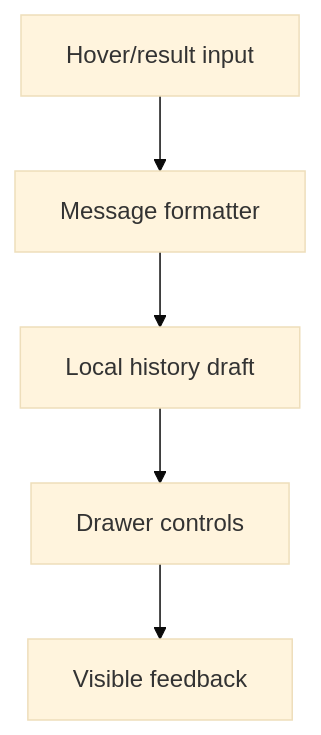
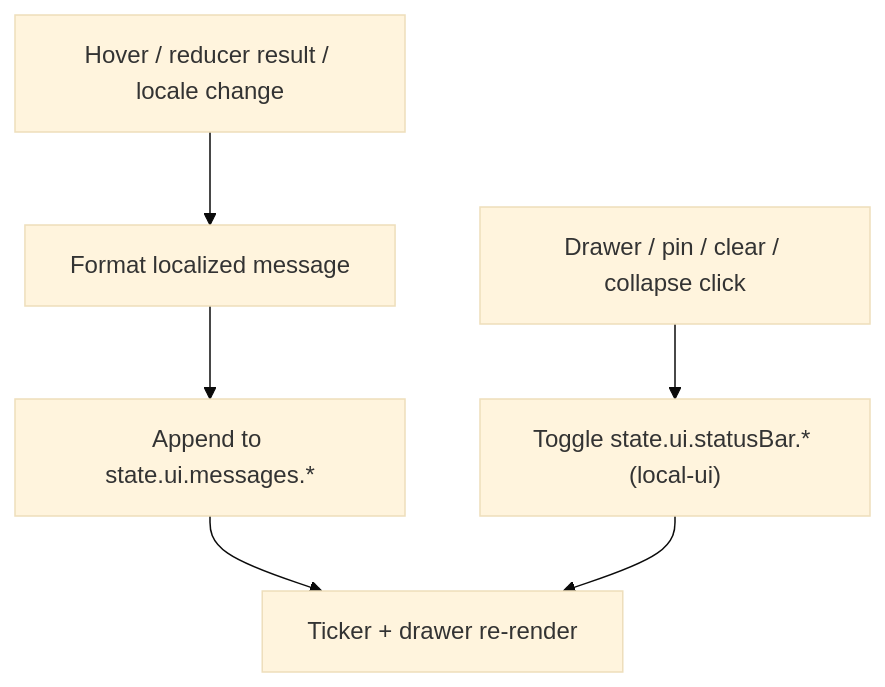
One commit to SunaNoOshiro/Heroes_Reforged_AI_Realms changed the third of 5 diagrams in docs/architecture/wiki/screens/19-status-bar/architecture.md. Above: the diagram before and after it, drawn with Mermaid (base theme). The commit also changed other lines of this file and 518 other files, not shown here.

First line of the commit message:
Add doc-audit skill and sweep architecture/screen docs

````diff
--- a/docs/architecture/wiki/screens/19-status-bar/architecture.md
+++ b/docs/architecture/wiki/screens/19-status-bar/architecture.md
@@ -40,8 +42,8 @@
 ```mermaid
 flowchart TD
-  I0["Hover/result input"] --> I1
-  I1["Message formatter"] --> I2
-  I2["Local history draft"] --> I3
-  I3["Drawer controls"] --> I4
-  I4["Visible feedback"]
+  Input["Hover / reducer result / locale change"] --> Format["Format localized message"]
+  Format --> Append["Append to state.ui.messages.*"]
+  Append --> Render["Ticker + drawer re-render"]
+  Click["Drawer / pin / clear / collapse click"] --> Local["Toggle state.ui.statusBar.* (local-ui)"]
+  Local --> Render
 ```
````
